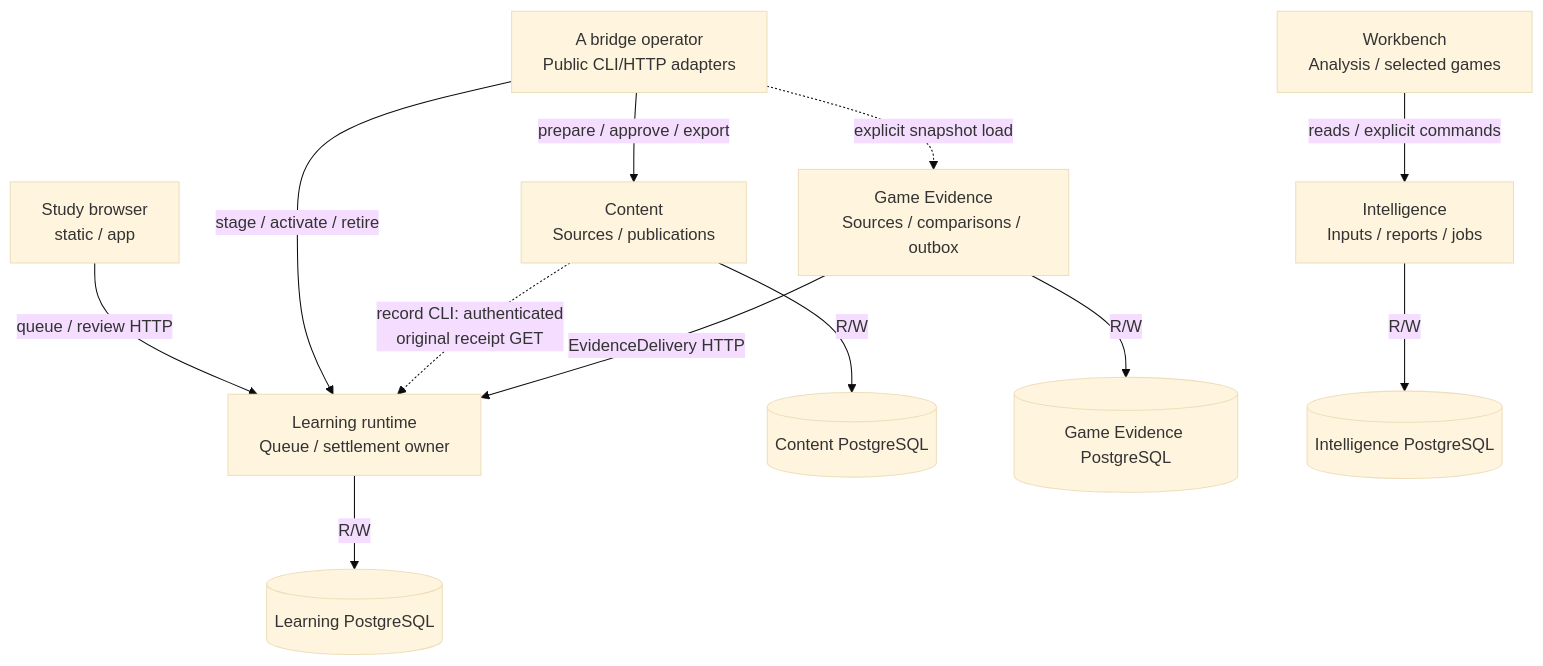
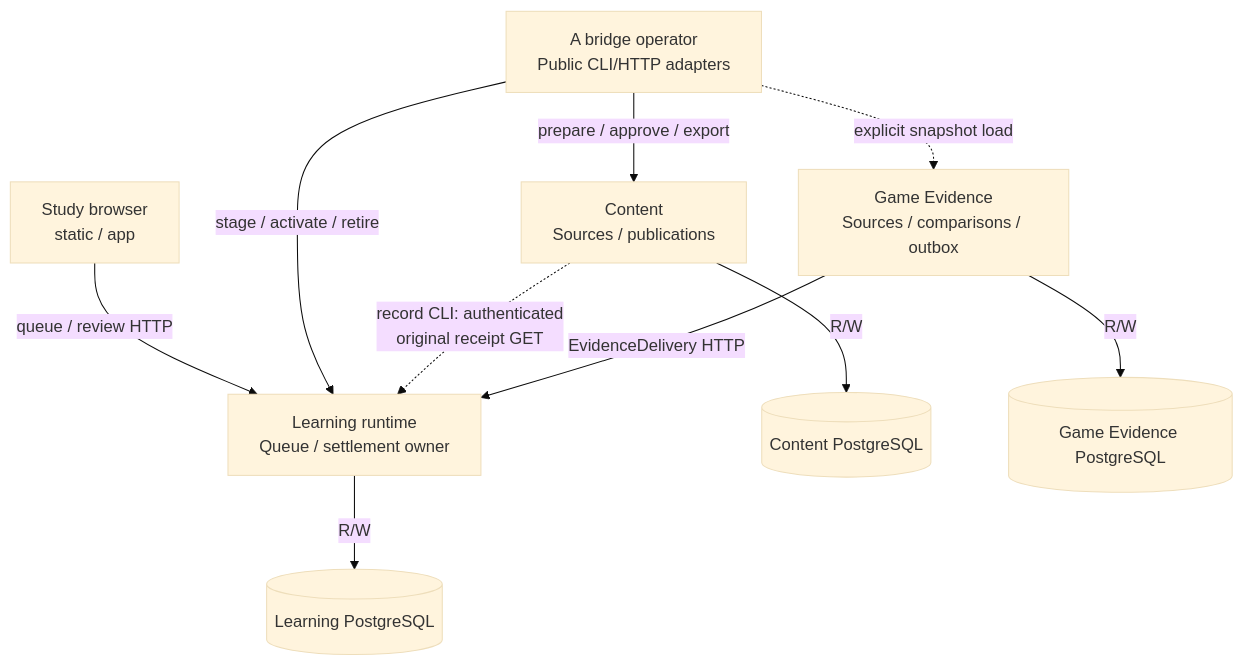
The second of 2 diagrams in docs/architecture/diagrams/README.md (aaweaver-actuary/tempo), drawn with Mermaid (base theme) before and after one commit. The commit also changed other lines of this file and 6 other files, not shown here.

Commit message:
Mark retired Workbench architecture as historical

````diff
--- a/docs/architecture/diagrams/README.md
+++ b/docs/architecture/diagrams/README.md
@@ -202,14 +201,12 @@
 ```mermaid
 flowchart TB
   Study["Study browser<br/>static / app"] -->|"queue / review HTTP"| Learning["Learning runtime<br/>Queue / settlement owner"]
   Learning -->|"R/W"| LDB[("Learning PostgreSQL")]
   Bridge["A bridge operator<br/>Public CLI/HTTP adapters"] -->|"prepare / approve / export"| Content["Content<br/>Sources / publications"]
   Content -->|"R/W"| CDB[("Content PostgreSQL")]
   Bridge -->|"stage / activate / retire"| Learning
   Content -.->|"record CLI: authenticated<br/>original receipt GET"| Learning
   GE["Game Evidence<br/>Sources / comparisons / outbox"] -->|"R/W"| GDB[("Game Evidence PostgreSQL")]
   Bridge -.->|"explicit snapshot load"| GE
   GE -->|"EvidenceDelivery HTTP"| Learning
-  WB["Workbench<br/>Analysis / selected games"] -->|"reads / explicit commands"| Intel["Intelligence<br/>Inputs / reports / jobs"]
-  Intel -->|"R/W"| IDB[("Intelligence PostgreSQL")]
 ```
````
